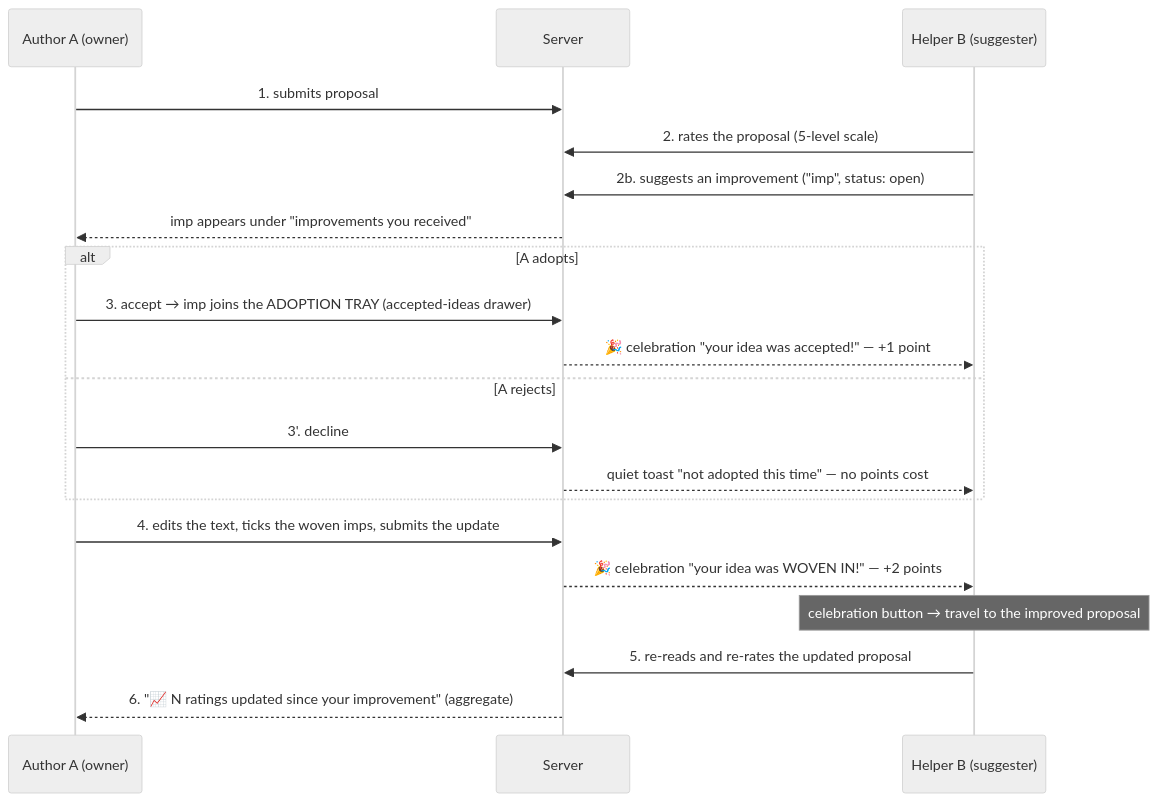
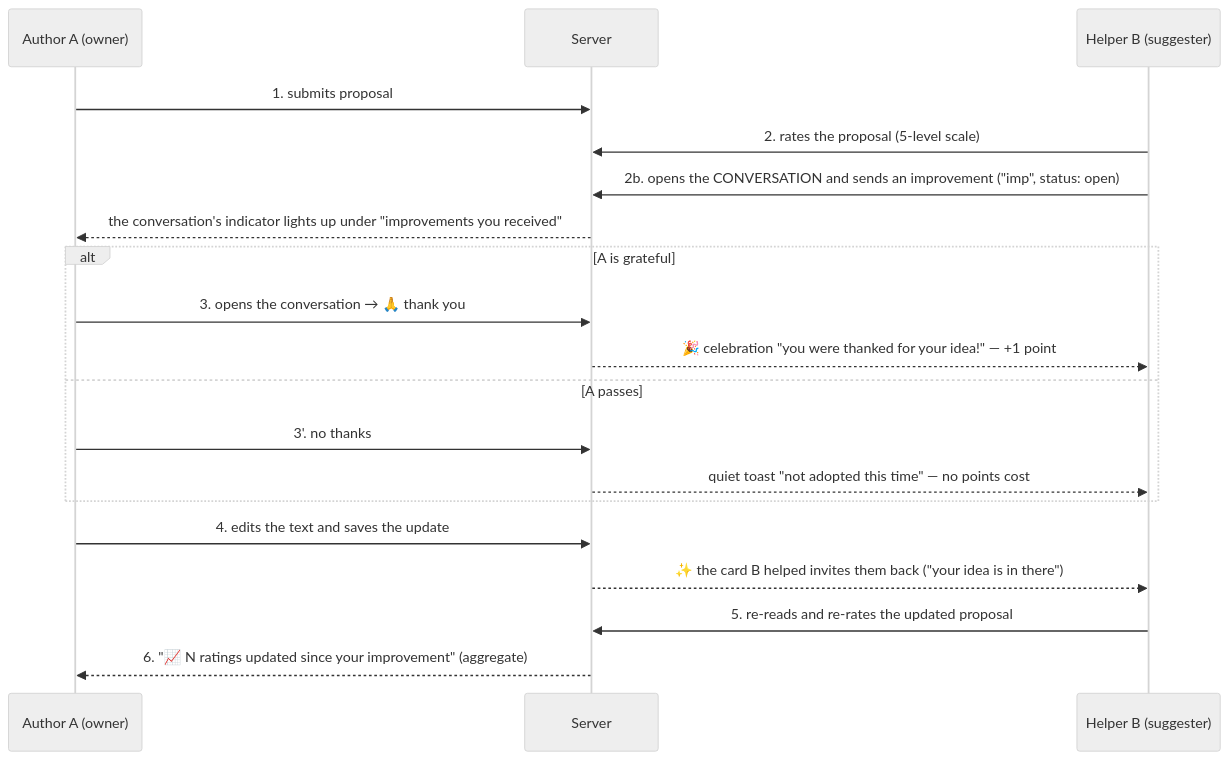
Before and after one commit to delib-org/Freedi-app: the diagram in apps/agora/docs/feedback-cycle.md, drawn with Mermaid (neutral theme). The commit also changed other lines of this file and 9 other files, not shown here.

````diff
--- a/apps/agora/docs/feedback-cycle.md
+++ b/apps/agora/docs/feedback-cycle.md
@@ -14,26 +14,25 @@
 ```mermaid
 sequenceDiagram
     participant A as Author A (owner)
     participant S as Server
     participant B as Helper B (suggester)
 
     A->>S: 1. submits proposal
     B->>S: 2. rates the proposal (5-level scale)
-    B->>S: 2b. suggests an improvement ("imp", status: open)
-    S-->>A: imp appears under "improvements you received"
+    B->>S: 2b. opens the CONVERSATION and sends an improvement ("imp", status: open)
+    S-->>A: the conversation's indicator lights up under "improvements you received"
 
-    alt A adopts
-        A->>S: 3. accept → imp joins the ADOPTION TRAY (accepted-ideas drawer)
-        S-->>B: 🎉 celebration "your idea was accepted!" — +1 point
-    else A rejects
-        A->>S: 3'. decline
+    alt A is grateful
+        A->>S: 3. opens the conversation → 🙏 thank you
+        S-->>B: 🎉 celebration "you were thanked for your idea!" — +1 point
+    else A passes
+        A->>S: 3'. no thanks
         S-->>B: quiet toast "not adopted this time" — no points cost
     end
 
-    A->>S: 4. edits the text, ticks the woven imps, submits the update
-    S-->>B: 🎉 celebration "your idea was WOVEN IN!" — +2 points
-    Note over B: celebration button → travel to the improved proposal
+    A->>S: 4. edits the text and saves the update
+    S-->>B: ✨ the card B helped invites them back ("your idea is in there")
     B->>S: 5. re-reads and re-rates the updated proposal
 
     S-->>A: 6. "📈 N ratings updated since your improvement" (aggregate)
 ```
````
